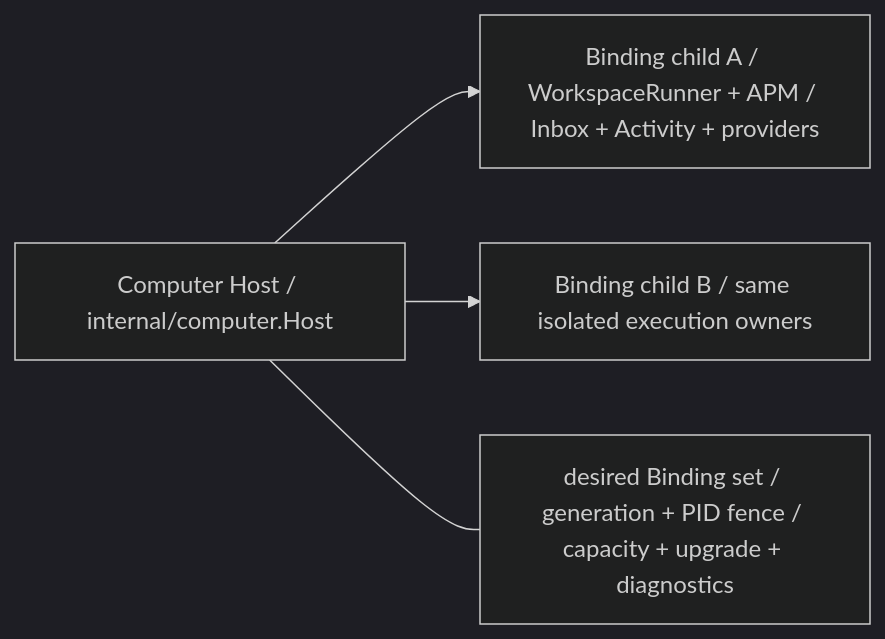
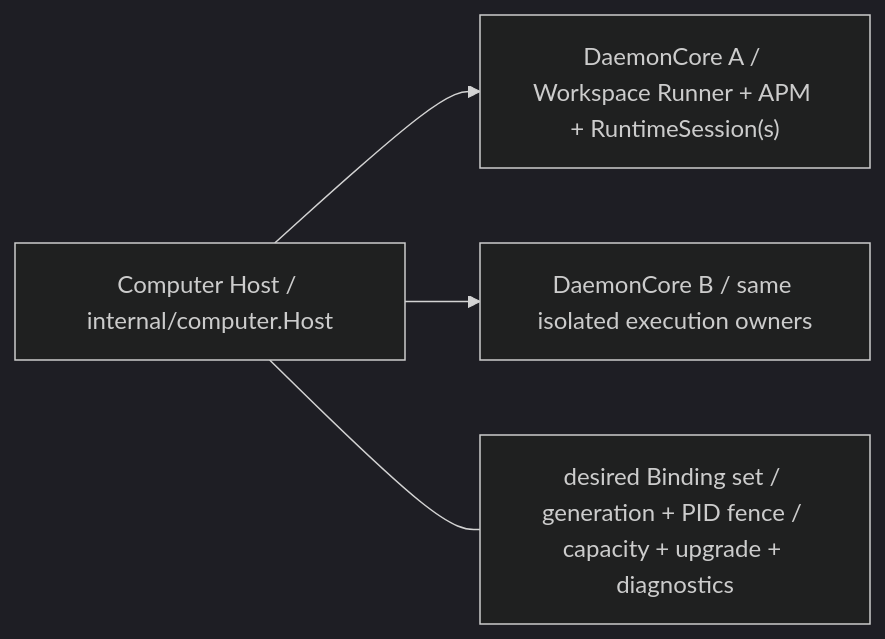
Before and after one commit to LRM-Teams/multica: the second of 6 diagrams in docs/raft-v1.0.16-multica-architecture-comparison.md, drawn with Mermaid (dark theme). The commit also changed other lines of this file and 23 other files, not shown here.

````diff
--- a/docs/raft-v1.0.16-multica-architecture-comparison.md
+++ b/docs/raft-v1.0.16-multica-architecture-comparison.md
@@ -33,8 +33,8 @@
 ```mermaid
 flowchart LR
     H["Computer Host / internal/computer.Host"]
-    H --> A["Binding child A / WorkspaceRunner + APM / Inbox + Activity + providers"]
-    H --> B["Binding child B / same isolated execution owners"]
+    H --> A["DaemonCore A / Workspace Runner + APM + RuntimeSession(s)"]
+    H --> B["DaemonCore B / same isolated execution owners"]
 
     H --- HP["desired Binding set / generation + PID fence / capacity + upgrade + diagnostics"]
 ```
````
